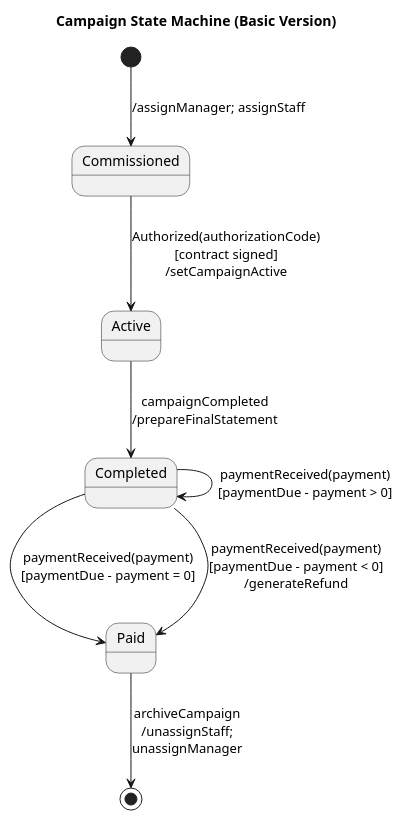
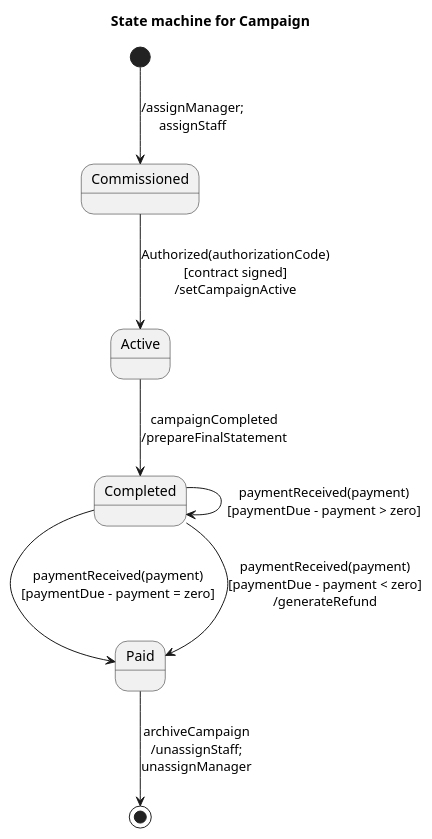
Before and after one commit to maimunafaria/State_transition_Diagram_generated_by_LLM: the diagram in dataset/case_68_class_campaign/diagram.puml, drawn with PlantUML. The commit also changed 28 other files, not shown here.

```diff
--- a/dataset/case_68_class_campaign/diagram.puml
+++ b/dataset/case_68_class_campaign/diagram.puml
@@ -1,23 +1,21 @@
 @startuml
-title Campaign State Machine (Basic Version)
-
-[*] --> Commissioned : /assignManager; assignStaff
+title State machine for Campaign
 
 state Commissioned
 state Active
 state Completed
 state Paid
 
+[*] --> Commissioned : /assignManager;\nassignStaff
+
 Commissioned --> Active : Authorized(authorizationCode)\n[contract signed]\n/setCampaignActive
 
 Active --> Completed : campaignCompleted\n/prepareFinalStatement
 
-' Payment logic
-Completed --> Paid : paymentReceived(payment)\n[paymentDue - payment = 0]
-Completed --> Completed : paymentReceived(payment)\n[paymentDue - payment > 0]
-Completed --> Paid : paymentReceived(payment)\n[paymentDue - payment < 0]\n/generateRefund
+Completed --> Paid : paymentReceived(payment)\n[paymentDue - payment = zero]
+Completed --> Completed : paymentReceived(payment)\n[paymentDue - payment > zero]
+Completed --> Paid : paymentReceived(payment)\n[paymentDue - payment < zero]\n/generateRefund
 
-' Final
 Paid --> [*] : archiveCampaign\n/unassignStaff;\nunassignManager
 
 @enduml
```
